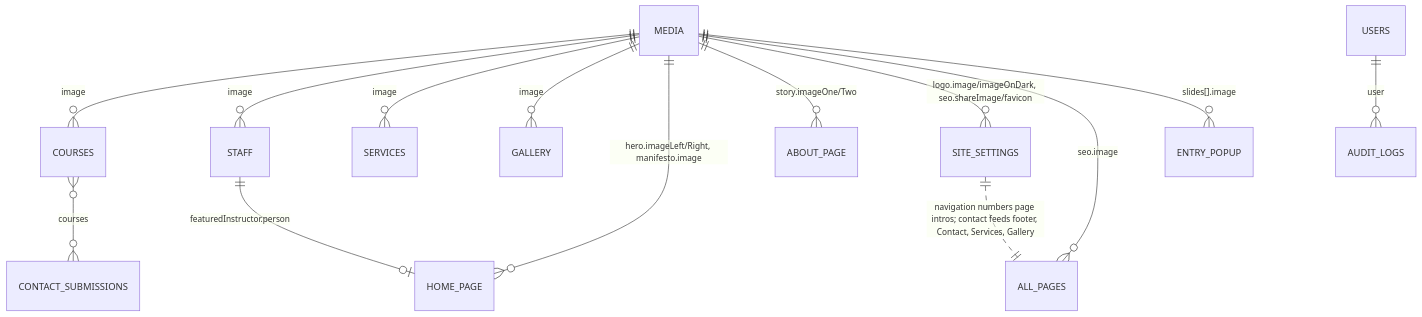
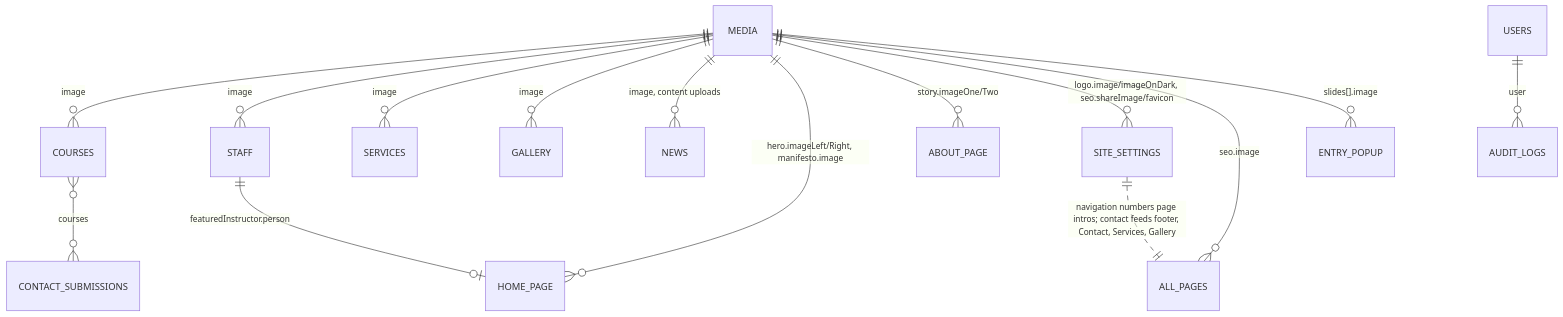
Before and after one commit to Threaten/sm-be: the diagram in DB_MAP.md, drawn with Mermaid. The commit also changed other lines of this file and 11 other files, not shown here.

````diff
--- a/DB_MAP.md
+++ b/DB_MAP.md
@@ -11,16 +11,17 @@
 ```mermaid
 erDiagram
   MEDIA ||--o{ COURSES : "image"
   MEDIA ||--o{ STAFF : "image"
   MEDIA ||--o{ SERVICES : "image"
   MEDIA ||--o{ GALLERY : "image"
+  MEDIA ||--o{ NEWS : "image, content uploads"
   MEDIA ||--o{ HOME_PAGE : "hero.imageLeft/Right, manifesto.image"
   MEDIA ||--o{ ABOUT_PAGE : "story.imageOne/Two"
   MEDIA ||--o{ SITE_SETTINGS : "logo.image/imageOnDark, seo.shareImage/favicon"
   MEDIA ||--o{ ALL_PAGES : "seo.image"
   MEDIA ||--o{ ENTRY_POPUP : "slides[].image"
   STAFF ||--o| HOME_PAGE : "featuredInstructor.person"
   COURSES }o--o{ CONTACT_SUBMISSIONS : "courses"
   USERS ||--o{ AUDIT_LOGS : "user"
   SITE_SETTINGS ||..|| ALL_PAGES : "navigation numbers page intros; contact feeds footer, Contact, Services, Gallery"
 ```
````
